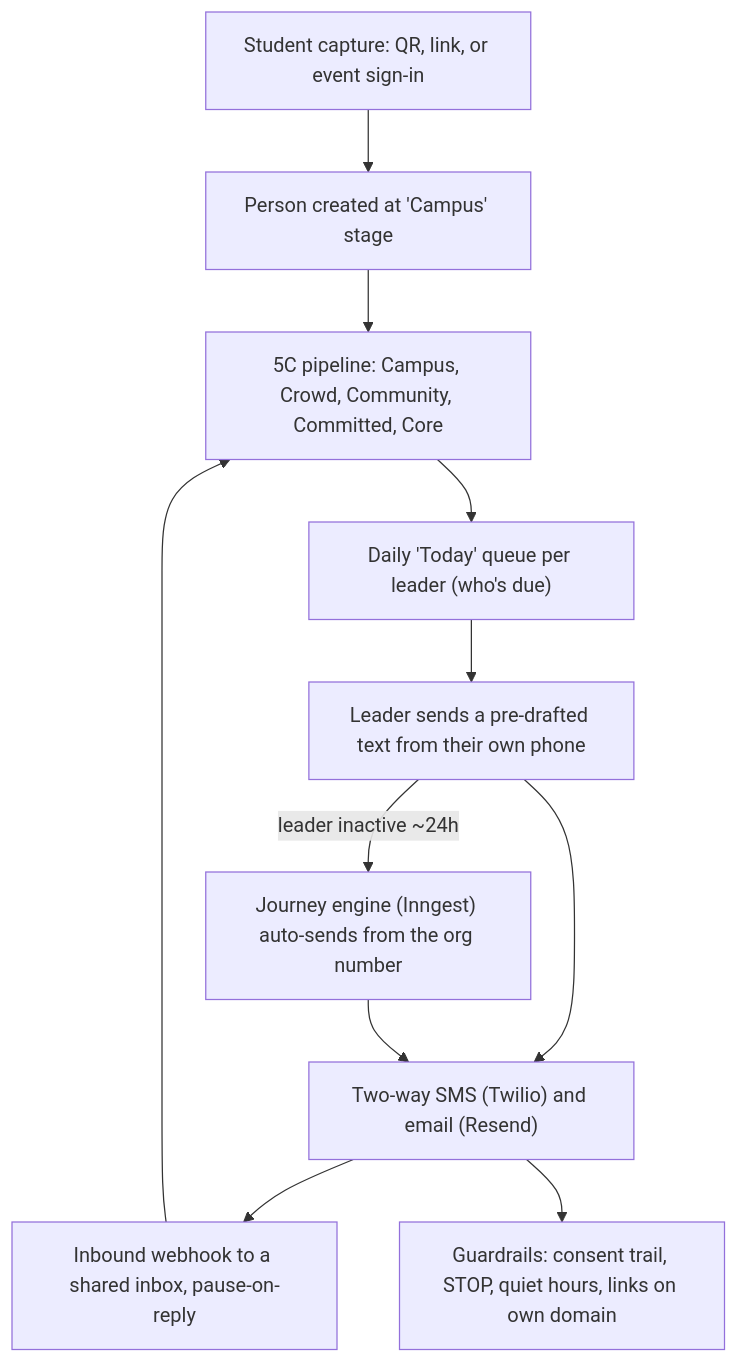
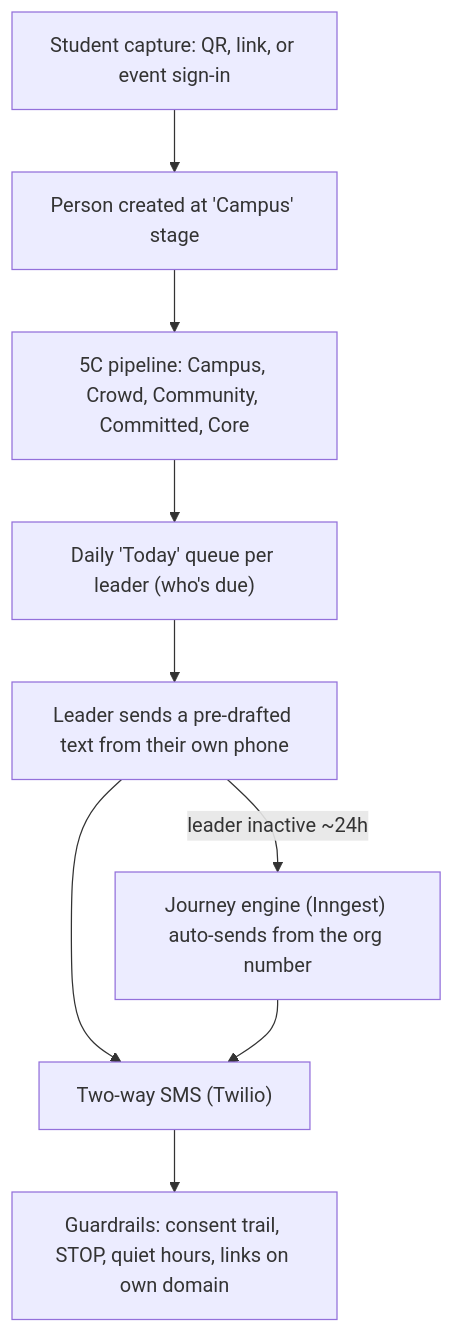
The diagram in README.md (DaPillah/r20-reach), drawn with Mermaid before and after one commit. The commit also changed other lines of this file and 1 other file, not shown here.

Commit message:
Rebrand to Oikos; drop email references; remove three-surfaces line and inbound diagram box

````diff
--- a/README.md
+++ b/README.md
@@ -49,13 +47,11 @@
 ```mermaid
 flowchart TD
     A["Student capture: QR, link, or event sign-in"] --> B["Person created at 'Campus' stage"]
     B --> C["5C pipeline: Campus, Crowd, Community, Committed, Core"]
     C --> D["Daily 'Today' queue per leader (who's due)"]
     D --> E["Leader sends a pre-drafted text from their own phone"]
     E -->|"leader inactive ~24h"| F["Journey engine (Inngest) auto-sends from the org number"]
-    E --> G["Two-way SMS (Twilio) and email (Resend)"]
+    E --> G["Two-way SMS (Twilio)"]
     F --> G
-    G --> H["Inbound webhook to a shared inbox, pause-on-reply"]
-    H --> C
     G --> I["Guardrails: consent trail, STOP, quiet hours, links on own domain"]
 ```
````
